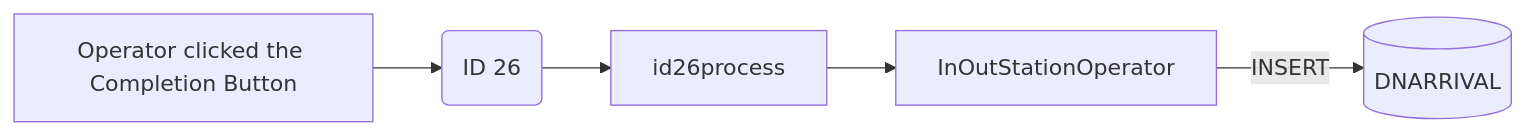
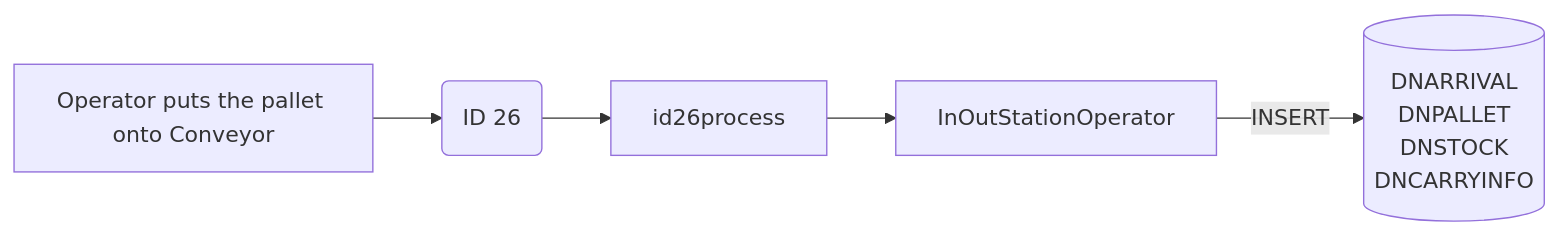
Before and after one commit to luthfiadityaa/SimeDarby-Wiki: the second of 20 diagrams in Basic-Design/DFD-WMS/Storage/Unplanned-Storage/Unplanned-Storage-from-OP-Area.md, drawn with Mermaid.

Commit message:
Updated Unplanned Storage from OP Area

```diff
--- a/Basic-Design/DFD-WMS/Storage/Unplanned-Storage/Unplanned-Storage-from-OP-Area.md
+++ b/Basic-Design/DFD-WMS/Storage/Unplanned-Storage/Unplanned-Storage-from-OP-Area.md
@@ -124,20 +124,23 @@
 ::: mermaid
 flowchart LR
 
 releaseCommand["
-   Operator clicked the Completion Button
+Operator puts the pallet onto Conveyor
 "]
 
 id26msg("
 ID 26
 ")
 
 id26-insert[("
 DNARRIVAL
+DNPALLET
+DNSTOCK
+DNCARRYINFO
 ")]
 
 inoutstationoperator[InOutStationOperator]
 
 releaseCommand-->id26msg-->id26process-->inoutstationoperator
 inoutstationoperator--> |INSERT| id26-insert
 :::
```
